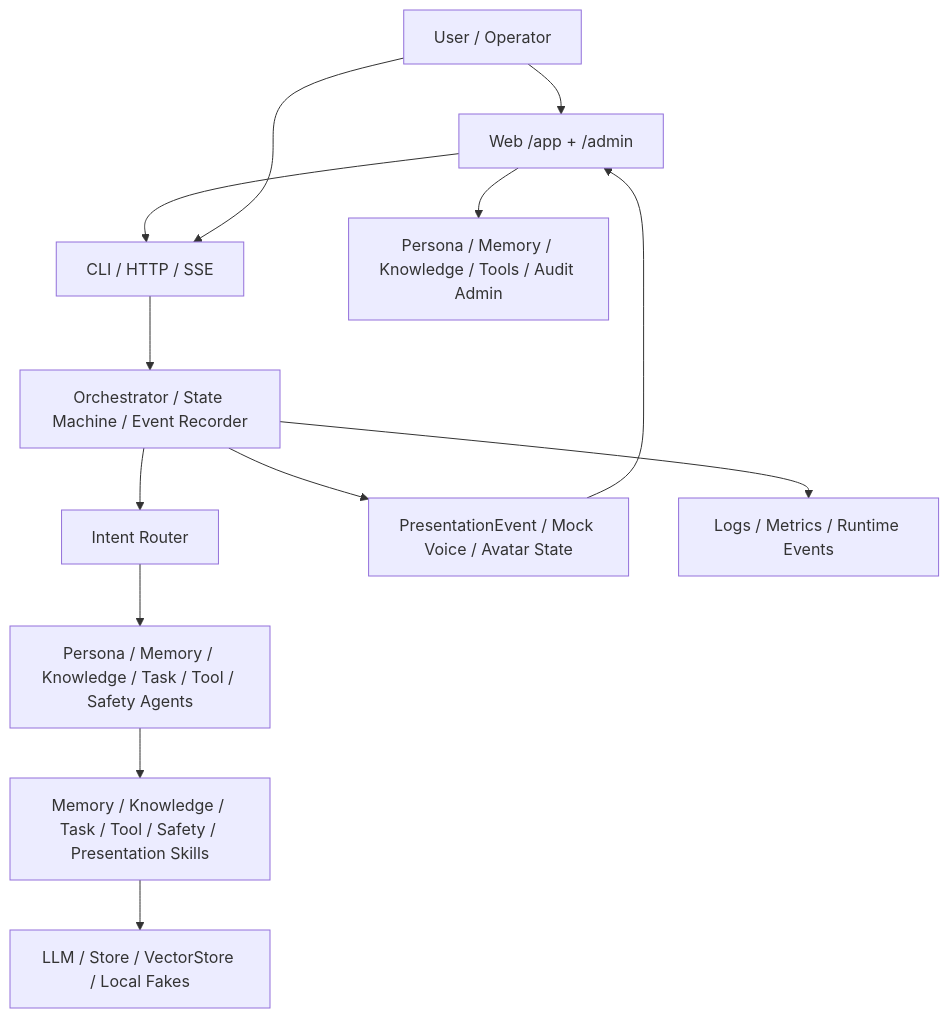
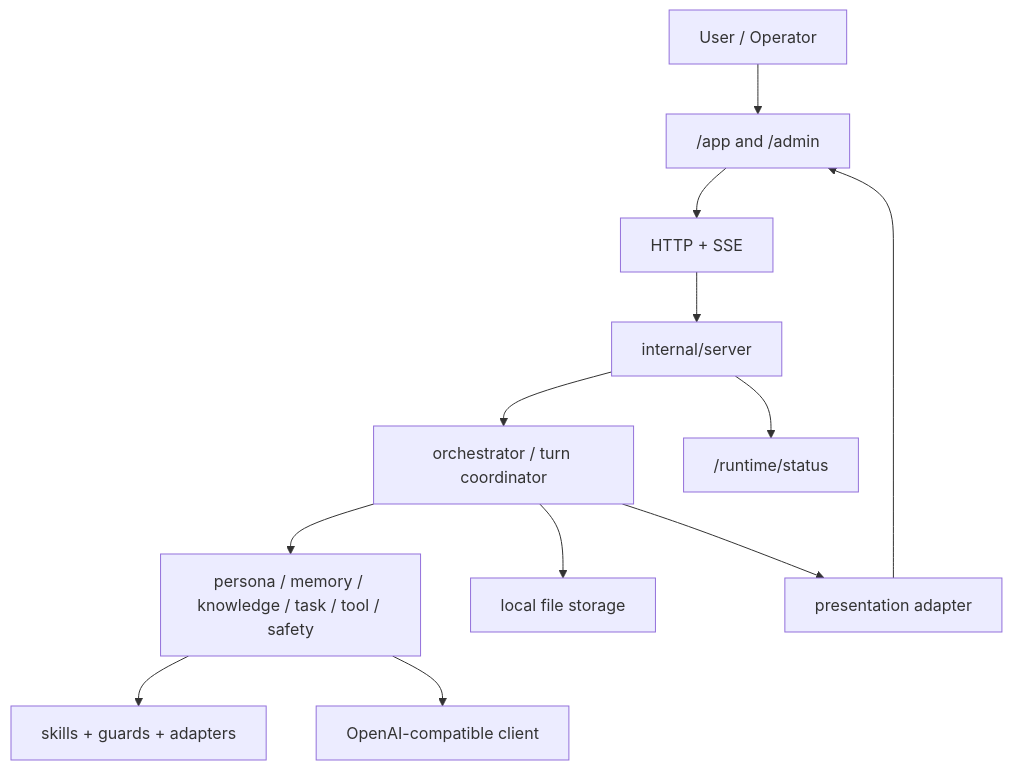
One commit to nobodycan/digital-twin changed the diagram in README.md. Above: the diagram before and after it, drawn with Mermaid. The commit also changed other lines of this file and 30 other files, not shown here.

````diff
--- a/README.md
+++ b/README.md
@@ -31,15 +38,14 @@
 ```mermaid
 flowchart TD
-    User["User / Operator"] --> Web["Web /app + /admin"]
-    Web --> API["HTTP / SSE"]
-    User --> API["CLI / HTTP / SSE"]
-    API --> Runtime["Orchestrator / State Machine / Event Recorder"]
-    Runtime --> Router["Intent Router"]
-    Router --> Agents["Persona / Memory / Knowledge / Task / Tool / Safety Agents"]
-    Agents --> Skills["Memory / Knowledge / Task / Tool / Safety / Presentation Skills"]
-    Skills --> Infra["LLM / Store / VectorStore / Local Fakes"]
-    Runtime --> Presentation["PresentationEvent / Mock Voice / Avatar State"]
+    User["User / Operator"] --> Web["/app and /admin"]
+    Web --> API["HTTP + SSE"]
+    API --> Server["internal/server"]
+    Server --> Runtime["orchestrator / turn coordinator"]
+    Runtime --> Agents["persona / memory / knowledge / task / tool / safety"]
+    Agents --> Skills["skills + guards + adapters"]
+    Agents --> LLM["OpenAI-compatible client"]
+    Runtime --> Store["local file storage"]
+    Runtime --> Presentation["presentation adapter"]
     Presentation --> Web
-    Web --> Admin["Persona / Memory / Knowledge / Tools / Audit Admin"]
-    Runtime --> Observability["Logs / Metrics / Runtime Events"]
+    Server --> Status["/runtime/status"]
 ```
````
